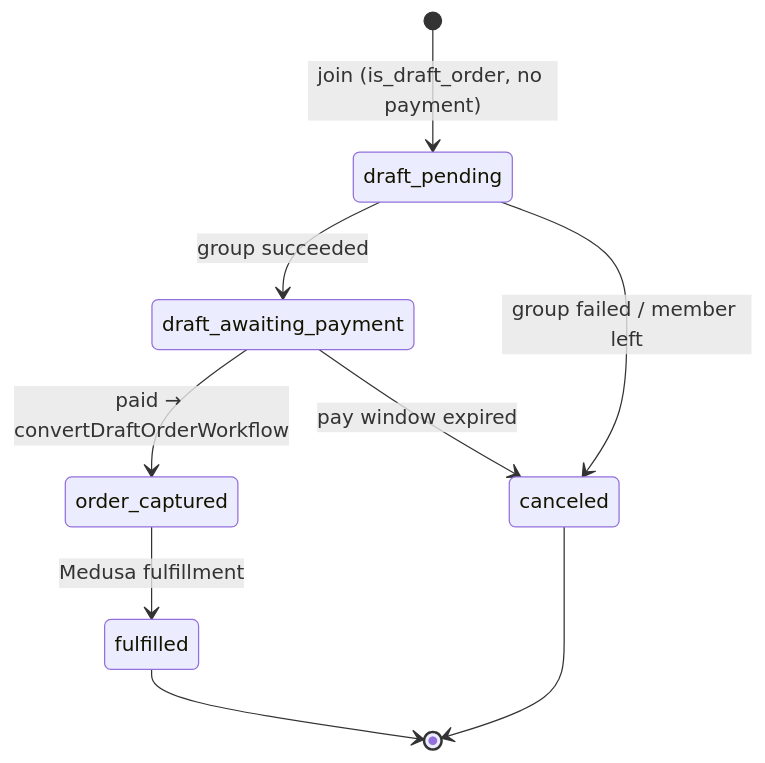
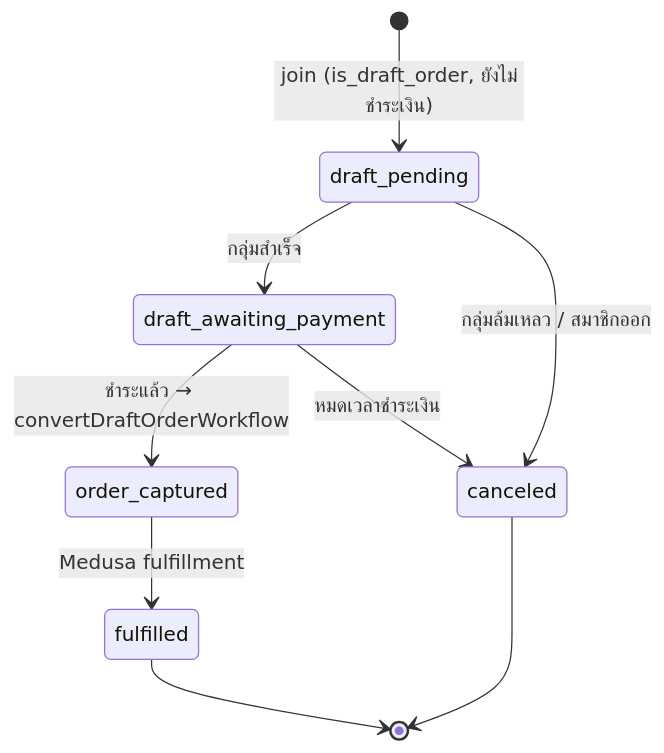
Before and after one commit to techpowerdev/medusa-ecom: the seventh of 7 diagrams in docs/design/state-machines.md, drawn with Mermaid. The commit also changed other lines of this file and 25 other files, not shown here.

````diff
--- a/docs/design/state-machines.md
+++ b/docs/design/state-machines.md
@@ -88,11 +88,11 @@
 ```mermaid
 stateDiagram-v2
-  [*] --> draft_pending : join (is_draft_order, no payment)
-  draft_pending --> draft_awaiting_payment : group succeeded
-  draft_pending --> canceled : group failed / member left
-  draft_awaiting_payment --> order_captured : paid → convertDraftOrderWorkflow
-  draft_awaiting_payment --> canceled : pay window expired
+  [*] --> draft_pending : join (is_draft_order, ยังไม่ชำระเงิน)
+  draft_pending --> draft_awaiting_payment : กลุ่มสำเร็จ
+  draft_pending --> canceled : กลุ่มล้มเหลว / สมาชิกออก
+  draft_awaiting_payment --> order_captured : ชำระแล้ว → convertDraftOrderWorkflow
+  draft_awaiting_payment --> canceled : หมดเวลาชำระเงิน
   order_captured --> fulfilled : Medusa fulfillment
   fulfilled --> [*]
   canceled --> [*]
 ```
````
